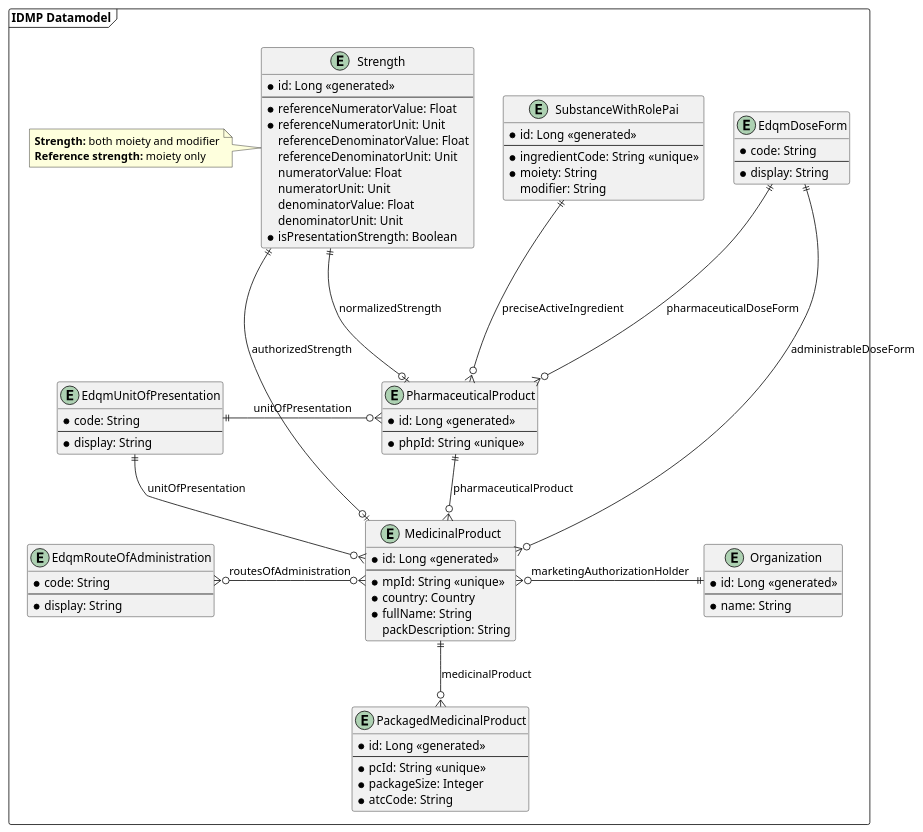
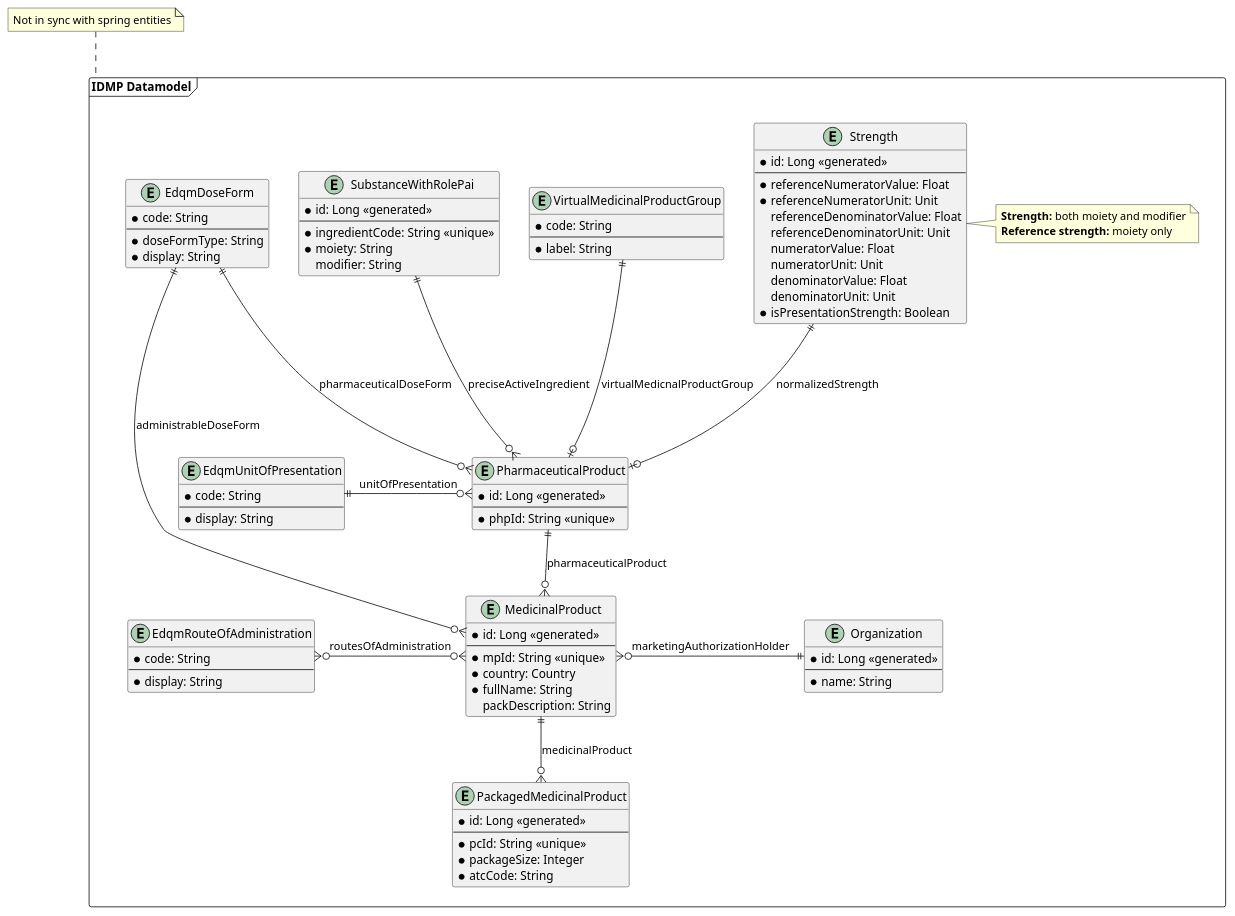
Before and after one commit to unicom-project-eu/wp6-db-api: the diagram in uml/class/datamodel.puml, drawn with PlantUML. The commit also changed 3 other files, not shown here.

Commit message:
Modified UML

```diff
--- a/uml/class/datamodel.puml
+++ b/uml/class/datamodel.puml
@@ -1,97 +1,109 @@
 @startuml
 'https://plantuml.com/class-diagram
 
 package "IDMP Datamodel" as idmpDatamodel <<frame>> {
     entity EdqmRouteOfAdministration {
         * code: String
         --
         * display: String
     }
 
     entity EdqmUnitOfPresentation {
         * code: String
         --
         * display: String
     }
 
     together {
         entity EdqmDoseForm {
             * code: String
             --
+            * doseFormType: String
             * display: String
         }
 
         entity Strength {
             * id: Long <<generated>>
             --
             * referenceNumeratorValue: Float
             * referenceNumeratorUnit: Unit
             referenceDenominatorValue: Float
             referenceDenominatorUnit: Unit
             numeratorValue: Float
             numeratorUnit: Unit
             denominatorValue: Float
             denominatorUnit: Unit
             * isPresentationStrength: Boolean
         }
 
         entity SubstanceWithRolePai {
             * id: Long <<generated>>
             --
             * ingredientCode: String <<unique>>
             * moiety: String
             modifier: String
         }
 
-        note left of Strength {
-                    **Strength:** both moiety and modifier
-                    **Reference strength:** moiety only
-                }
+        entity VirtualMedicinalProductGroup {
+            * code: String
+            --
+            * label: String
+        }
+
+        note right of Strength {
+            **Strength:** both moiety and modifier
+            **Reference strength:** moiety only
+        }
     }
 
     entity PharmaceuticalProduct {
         * id: Long <<generated>>
         --
         * phpId: String <<unique>>
     }
 
     entity MedicinalProduct {
         * id: Long <<generated>>
         --
         * mpId: String <<unique>>
         * country: Country
         * fullName: String
         packDescription: String
     }
 
     entity PackagedMedicinalProduct {
         * id: Long <<generated>>
         --
         * pcId: String <<unique>>
         * packageSize: Integer
         * atcCode: String
     }
 
     entity Organization {
         * id: Long <<generated>>
         --
         * name: String
     }
 
     EdqmUnitOfPresentation ||-o{ PharmaceuticalProduct : unitOfPresentation
-    EdqmUnitOfPresentation ||--o{ MedicinalProduct : unitOfPresentation
 
     SubstanceWithRolePai ||---o{ PharmaceuticalProduct : preciseActiveIngredient
     EdqmDoseForm ||---o{ PharmaceuticalProduct : pharmaceuticalDoseForm
     Strength ||---o| PharmaceuticalProduct : normalizedStrength
+    VirtualMedicinalProductGroup ||---o| PharmaceuticalProduct : virtualMedicnalProductGroup
 
     PharmaceuticalProduct ||--o{ MedicinalProduct : pharmaceuticalProduct
 
     MedicinalProduct ||--o{ PackagedMedicinalProduct : medicinalProduct
     MedicinalProduct }o--|| EdqmDoseForm : administrableDoseForm
-    MedicinalProduct |o--|| Strength : authorizedStrength
     EdqmRouteOfAdministration }o-o{ MedicinalProduct : routesOfAdministration
 
     MedicinalProduct }o-|| Organization : marketingAuthorizationHolder
+
+
+}
+
+note top of idmpDatamodel {
+    Not in sync with spring entities
 }
 @enduml
```
